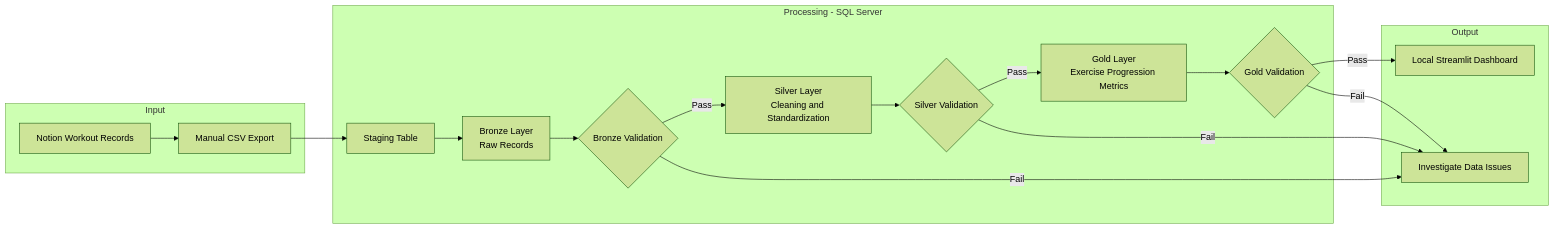
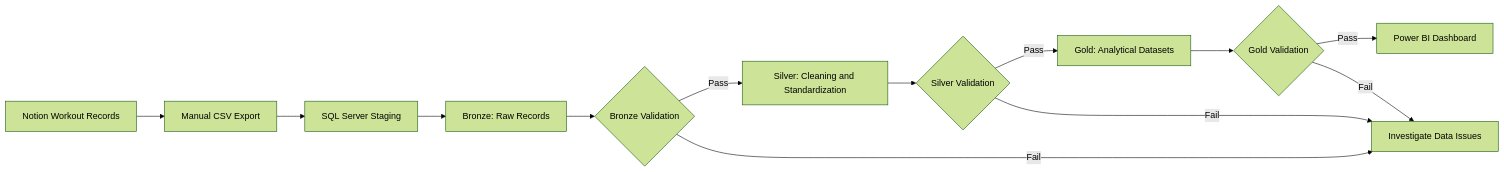
One commit to laurogime/Gym_Data_Pipeline changed the diagram in A. Manual End-to-End Pipeline/README.md. Above: the diagram before and after it, drawn with Mermaid (forest theme). The commit also changed other lines of this file and 13 other files, not shown here.

````diff
--- a/A. Manual End-to-End Pipeline/README.md
+++ b/A. Manual End-to-End Pipeline/README.md
@@ -29,38 +28,15 @@
 ```mermaid
 flowchart LR
-    subgraph INPUT["Input"]
-        A["Notion Workout Records"]
-        B["Manual CSV Export"]
-    end
-
-    subgraph PROCESS["Processing - SQL Server"]
-        C["Staging Table"]
-        D["Bronze Layer<br/>Raw Records"]
-        E{"Bronze Validation"}
-        F["Silver Layer<br/>Cleaning and Standardization"]
-        G{"Silver Validation"}
-        H["Gold Layer<br/>Exercise Progression Metrics"]
-        I{"Gold Validation"}
-    end
-
-    subgraph OUTPUT["Output"]
-        J["Local Streamlit Dashboard"]
-        X["Investigate Data Issues"]
-    end
-
-    A --> B
-    B --> C
-    C --> D
-    D --> E
-
-    E -->|Pass| F
-    E -->|Fail| X
-
-    F --> G
-    G -->|Pass| H
+    A["Notion Workout Records"] --> B["Manual CSV Export"]
+    B --> C["SQL Server Staging"]
+    C --> D["Bronze: Raw Records"]
+    D --> E{"Bronze Validation"}
+    E -->|Pass| F["Silver: Cleaning and Standardization"]
+    E -->|Fail| X["Investigate Data Issues"]
+    F --> G{"Silver Validation"}
+    G -->|Pass| H["Gold: Analytical Datasets"]
     G -->|Fail| X
-
-    H --> I
-    I -->|Pass| J
+    H --> I{"Gold Validation"}
+    I -->|Pass| J["Power BI Dashboard"]
     I -->|Fail| X
 ```
````
